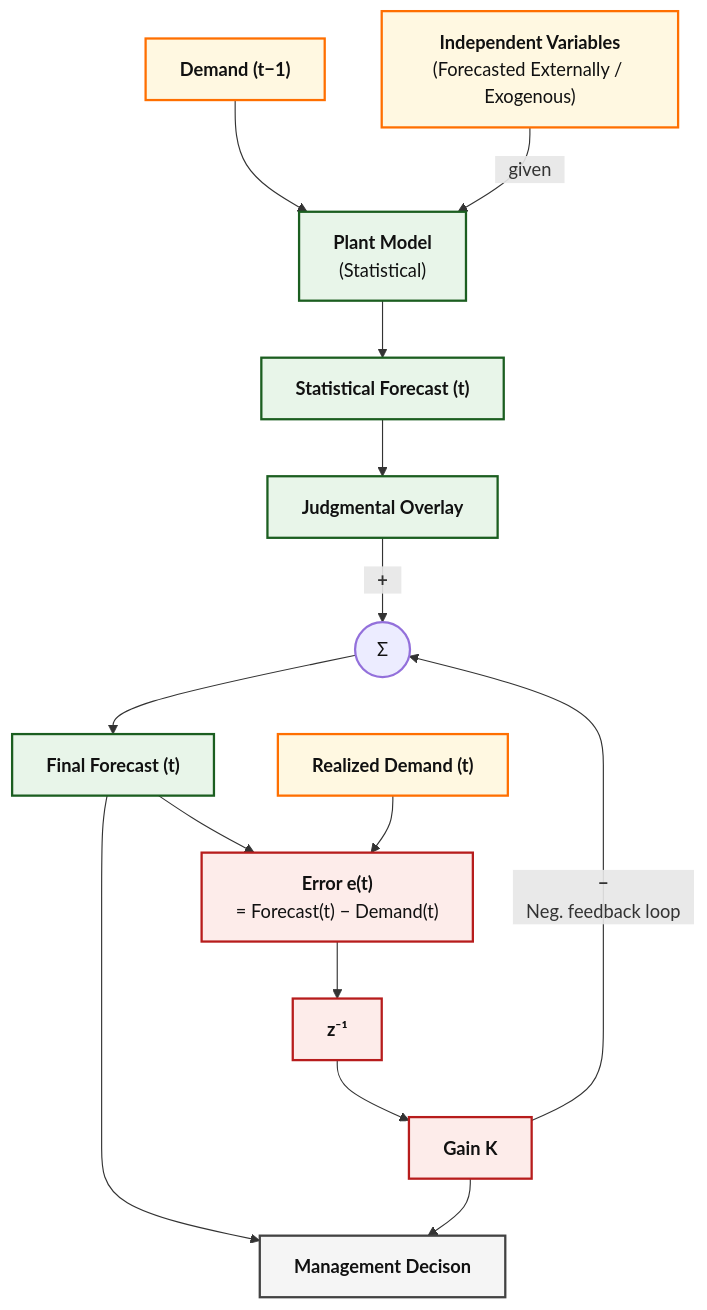
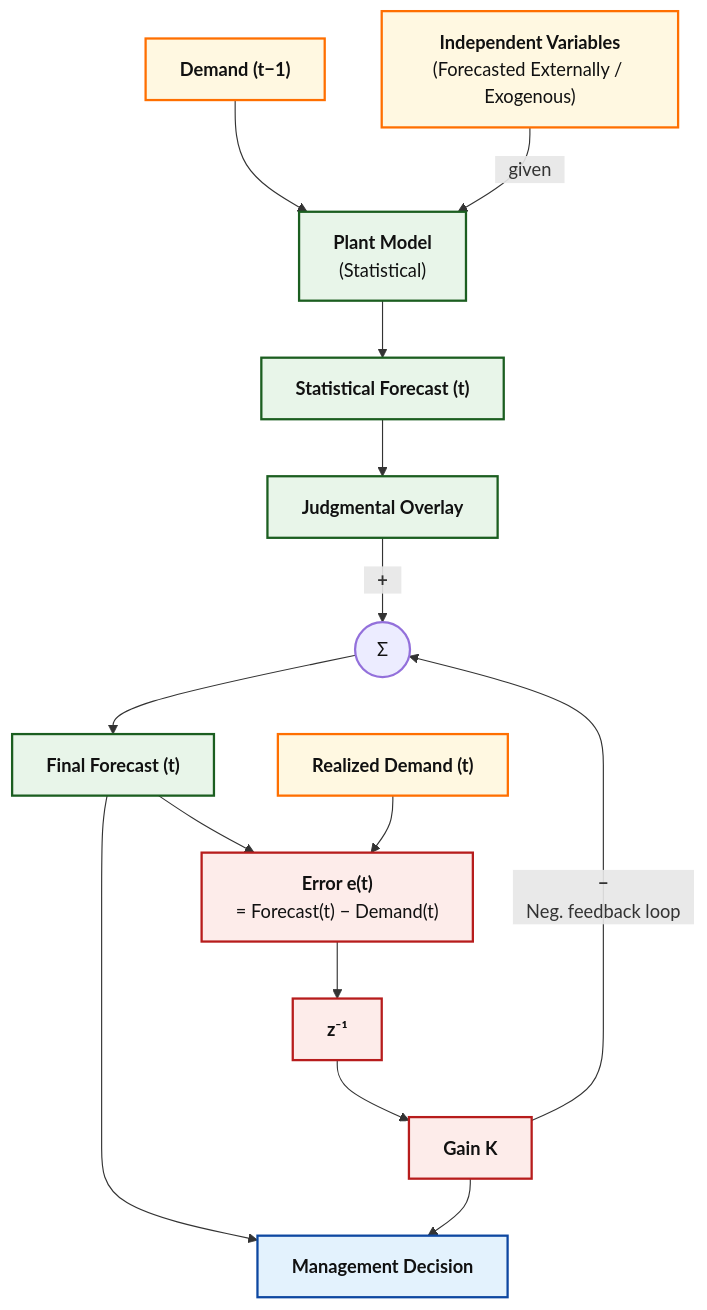
Before and after one commit to Tellusant/docs: the diagram in articles-posts/ratiocination.md, drawn with Mermaid.

```diff
--- a/articles-posts/ratiocination.md
+++ b/articles-posts/ratiocination.md
@@ -29,58 +29,58 @@
 <div class="mermaid">
   
 flowchart TD
 
 %%{init: {'themeVariables': { 'fontFamily': 'Arial'}}}%%
 %% ===== Inputs =====
 D1["`**Demand (t−1)**`"]:::orange
 X["`**Independent Variables**<br/>(Forecasted Externally / Exogenous)`"]:::orange
 
 %% ===== Baseline model =====
 M["`**Plant Model**<br/>(Statistical)`"]:::green
 S["`**Statistical Forecast (t)**`"]:::green
 
 %% ===== Judgment and correction =====
 J["`**Judgmental Overlay**`"]:::green
 Sum((⠀Σ⠀)):::base
 K["`**Gain K**`"]:::red
 F["`**Final Forecast (t)**`"]:::green
 
 %% ===== Realized demand =====
 R["`**Realized Demand (t)**`"]:::orange
 
 %% ===== Error and delay =====
 E["`**Error e(t)**<br/>= Forecast(t) − Demand(t)`"]:::red
 Delay["`**z⁻¹**`"]:::red
 
 %% ===== Management decision =====
-MGT["`**Management Decison**`"]:::grey
+MGT["`**Management Decision**`"]:::blue
 
 %% ===== Forward path =====
 D1 --> M
 X -->|⠀given⠀| M
 M --> S
 S --> J
 J -->|"`⠀**+**⠀`"| Sum
 Sum --> F
 
 %% ===== Error computation =====
 F --> E
 R --> E
 
 %% ===== Feedback =====
 E --> Delay
 Delay --> K
 K -->|"`⠀**−**⠀<br/>⠀Neg. feedback loop⠀`"| Sum
 
 F --> MGT
 K --> MGT
 
 %% ========= STYLES =========
 classDef green   fill:#E8F5E9,stroke:#1B5E20,stroke-width:2px,color:#111;
 classDef blue    fill:#E3F2FD,stroke:#0D47A1,stroke-width:2px,color:#111;
 classDef orange  fill:#FFF8E1,stroke:#FF6F00,stroke-width:2px,color:#111;
 classDef red     fill:#FDECEA,stroke:#B71C1C,stroke-width:2px,color:#111;
 classDef grey    fill:#F5F5F5,stroke:#424242,stroke-width:2px,color:#111;
 classDef base    fill:#ECECFF,stroke:#9370DB,stroke-width:2px,color:#111;
 
 </div>
```
